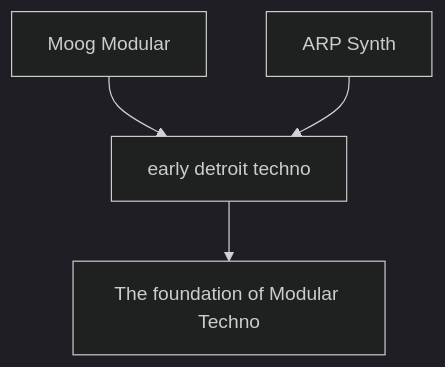
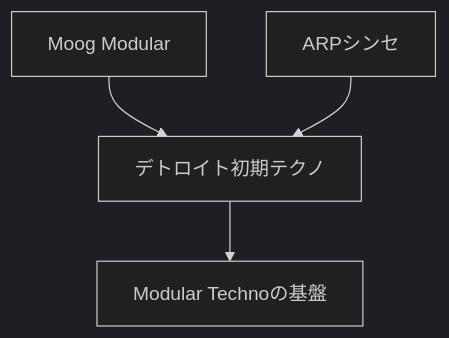
The first of 12 diagrams in en/_posts/2025-11-30-column-modular-techno.md (monumental-movement/monumental-movement.github.io), drawn with Mermaid (dark theme) before and after one commit. The commit also changed other lines of this file and 2196 other files, not shown here.

```diff
--- a/en/_posts/2025-11-30-column-modular-techno.md
+++ b/en/_posts/2025-11-30-column-modular-techno.md
@@ -54,6 +54,6 @@
 <div class="mermaid">
 graph TD
-    Moog[Moog Modular] --> TechnoOrigins[early detroit techno]
-    ARP[ARP Synth] --> TechnoOrigins
-    TechnoOrigins --> ModularTechno[The foundation of Modular Techno]
+    Moog[Moog Modular] --> TechnoOrigins[デトロイト初期テクノ]
+    ARP[ARPシンセ] --> TechnoOrigins
+    TechnoOrigins --> ModularTechno[Modular Technoの基盤]
 </div>
```
